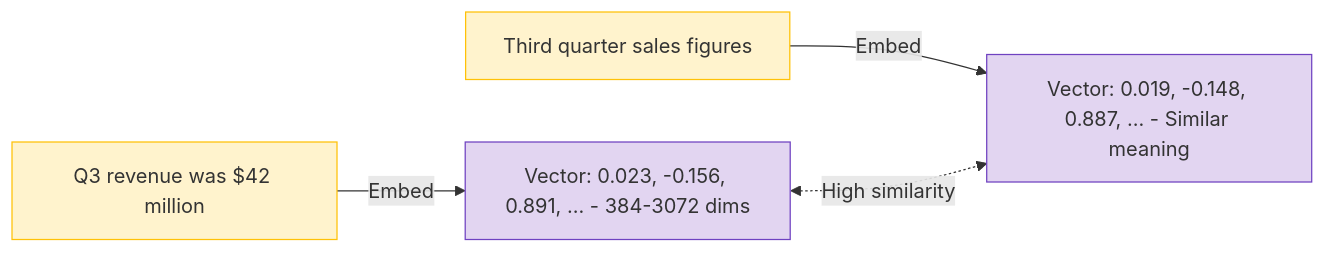
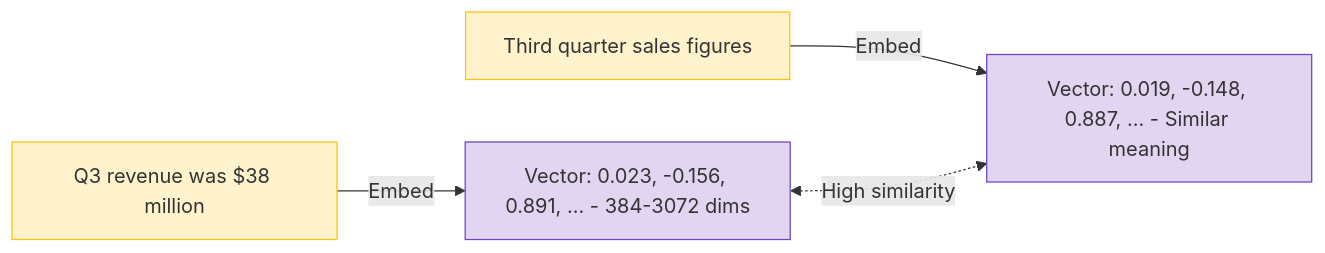
One commit to ithinktavo/GenAI-Engineering-Handbook changed the fourth of 10 diagrams in docs/04-rag-deep-dive.md. Above: the diagram before and after it, drawn with Mermaid. The commit also changed other lines of this file and 16 other files, not shown here.

````diff
--- a/docs/04-rag-deep-dive.md
+++ b/docs/04-rag-deep-dive.md
@@ -194,12 +194,12 @@
 ```mermaid
 graph LR
-    T1["Q3 revenue was $42 million"] -->|Embed| V1["Vector: 0.023, -0.156, 0.891, ... - 384-3072 dims"]
+    T1["Q3 revenue was $38 million"] -->|Embed| V1["Vector: 0.023, -0.156, 0.891, ... - 384-3072 dims"]
     T2["Third quarter sales figures"] -->|Embed| V2["Vector: 0.019, -0.148, 0.887, ... - Similar meaning"]
 
     V1 <-.->|"High similarity"| V2
 
     style T1 fill:#fff3cd,stroke:#ffc107,color:#333
     style T2 fill:#fff3cd,stroke:#ffc107,color:#333
     style V1 fill:#e2d5f1,stroke:#6f42c1,color:#333
     style V2 fill:#e2d5f1,stroke:#6f42c1,color:#333
 ```
````
